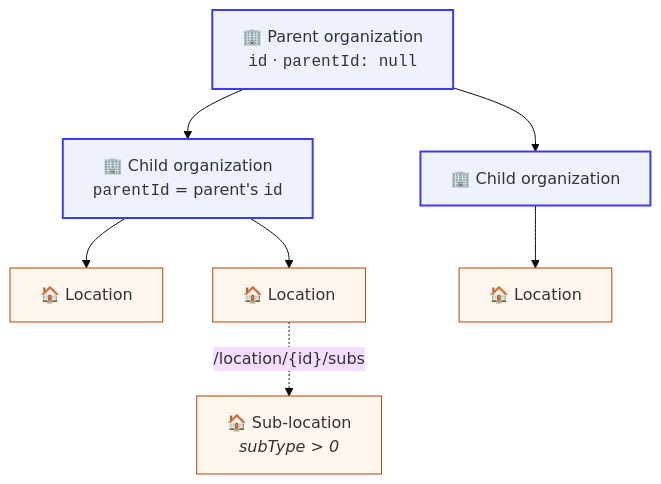
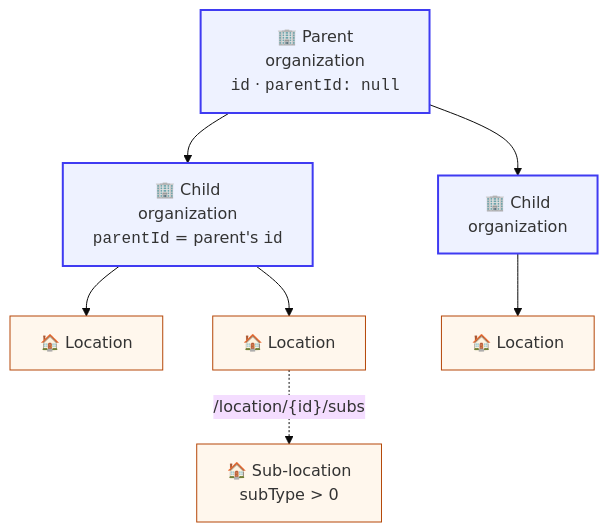
Before and after one commit to CareDailyAI/docs: the diagram in concepts/organizations_and_locations.md, drawn with Mermaid (base theme). The commit also changed 30 other files, not shown here.

First line of the commit message:
Diagrams: wrap every flowchart label to short rows so Chrome stops clipping them

````diff
--- a/concepts/organizations_and_locations.md
+++ b/concepts/organizations_and_locations.md
@@ -10,20 +10,20 @@
 ```mermaid
 flowchart TB
-    P["🏢 Parent organization<br/><code>id</code> · <code>parentId: null</code>"]
-    C1["🏢 Child organization<br/><code>parentId</code> = parent's <code>id</code>"]
-    C2["🏢 Child organization"]
+    P["🏢 Parent<br/>organization<br/><code>id</code> · <code>parentId: null</code>"]
+    C1["🏢 Child<br/>organization<br/><code>parentId</code> = parent's <code>id</code>"]
+    C2["🏢 Child<br/>organization"]
     L1["🏠 Location"]
     L2["🏠 Location"]
     L3["🏠 Location"]
-    S1["🏠 Sub-location<br/><i>subType &gt; 0</i>"]
+    S1["🏠 Sub-location<br/>subType &gt; 0"]
 
     P --> C1 & C2
     C1 --> L1 & L2
     C2 --> L3
     L2 -.->|"/location/{id}/subs"| S1
 
     classDef org fill:#eef2ff,stroke:#3f3bf2,stroke-width:2px
     classDef home fill:#fff7ed,stroke:#b54708
     class P,C1,C2 org
     class L1,L2,L3,S1 home
 ```
````
